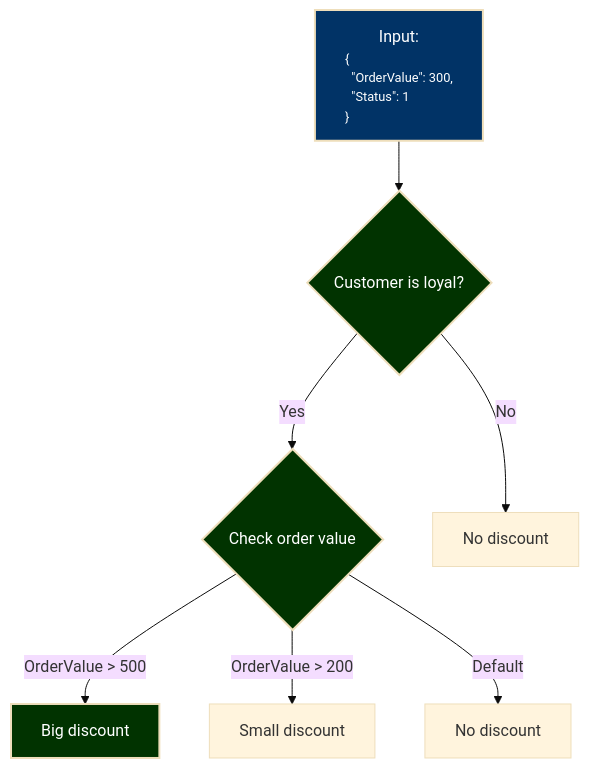
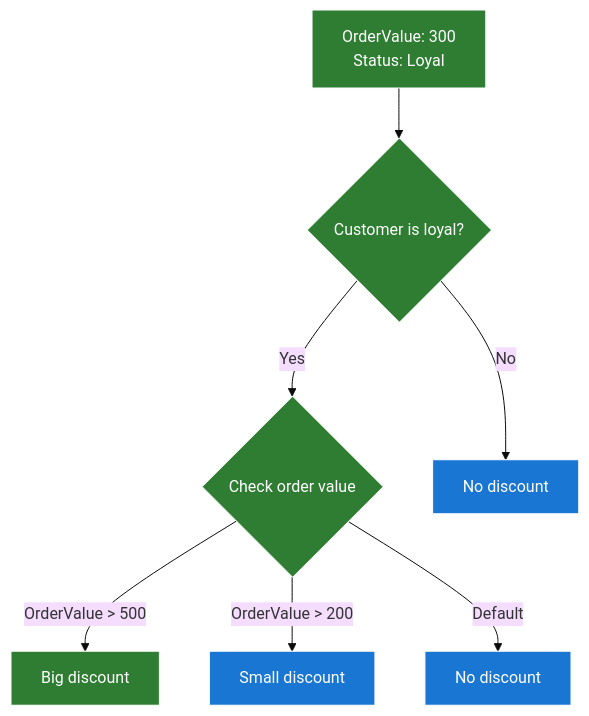
One commit to mr0406/cinnamon-trees changed the diagram in README.md. Above: the diagram before and after it, drawn with Mermaid (base theme). The commit also changed other lines of this file, not shown here.

````diff
--- a/README.md
+++ b/README.md
@@ -57,20 +94,21 @@
 ```mermaid
 graph TD
 N1{"Customer is loyal?"}
 N1 -->|Yes| N11
 N11{"Check order value"}
 N11 -->|OrderValue > 500| N111
 N111["Big discount"]
 N11 -->|OrderValue > 200| N112
 N112["Small discount"]
 N11 -->|Default| N110
 N110["No discount"]
 N1 -->|No| N10
 N10["No discount"]
 
-classDef highlight fill:#013300,stroke-width:2px,color:#fff;
-NInput["Input:<br><div style='text-align:left; font-size:0.8em; white-space:pre-wrap;'>{<br>  &quot;OrderValue&quot;: 300,<br>  &quot;Status&quot;: 1<br>}</div>"]
+classDef default fill:#1976d2,stroke:#ffffff,color:#ffffff;
+
+classDef highlight fill:#2e7d32,stroke:#ffffff,color:#ffffff;
+NInput["OrderValue: 300<br>Status: Loyal"]
 NInput --> N1
-style NInput fill:#013366,stroke-width:2px,color:#fff;
-class N1,N11,N111 highlight;
+class NInput,N1,N11,N111 highlight;
 ```
````
